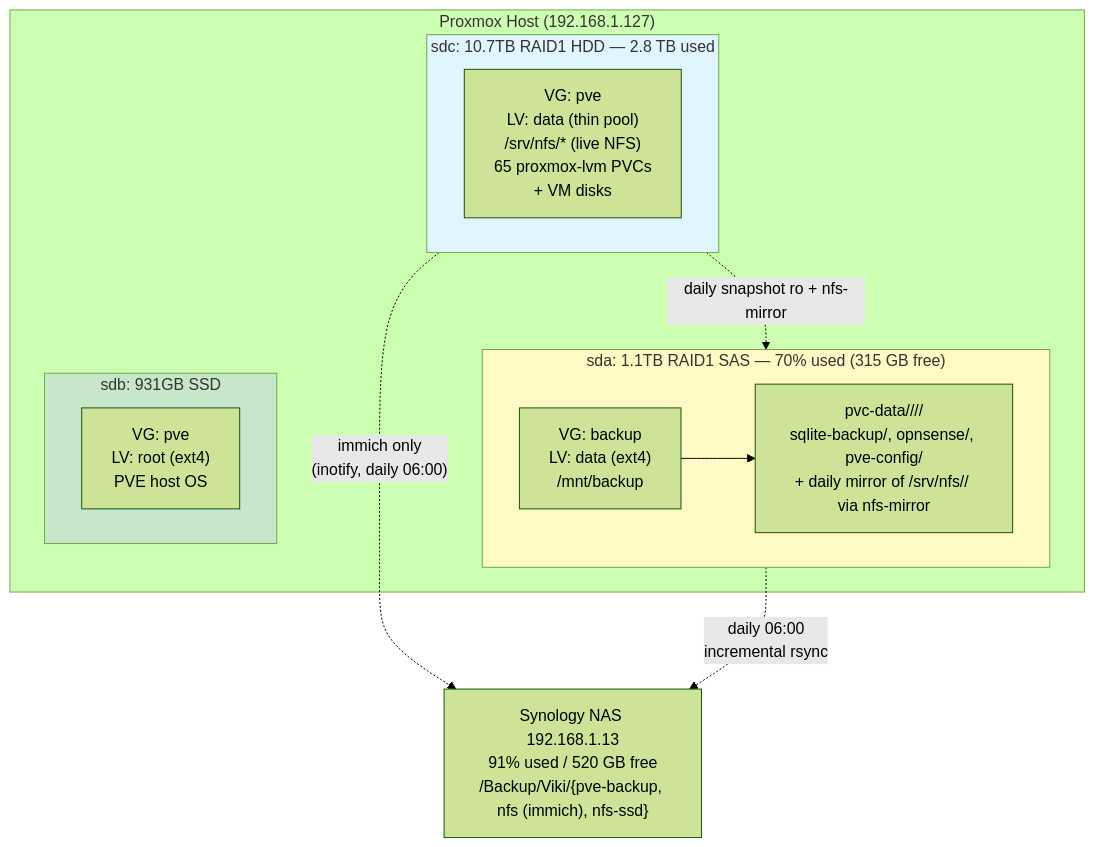
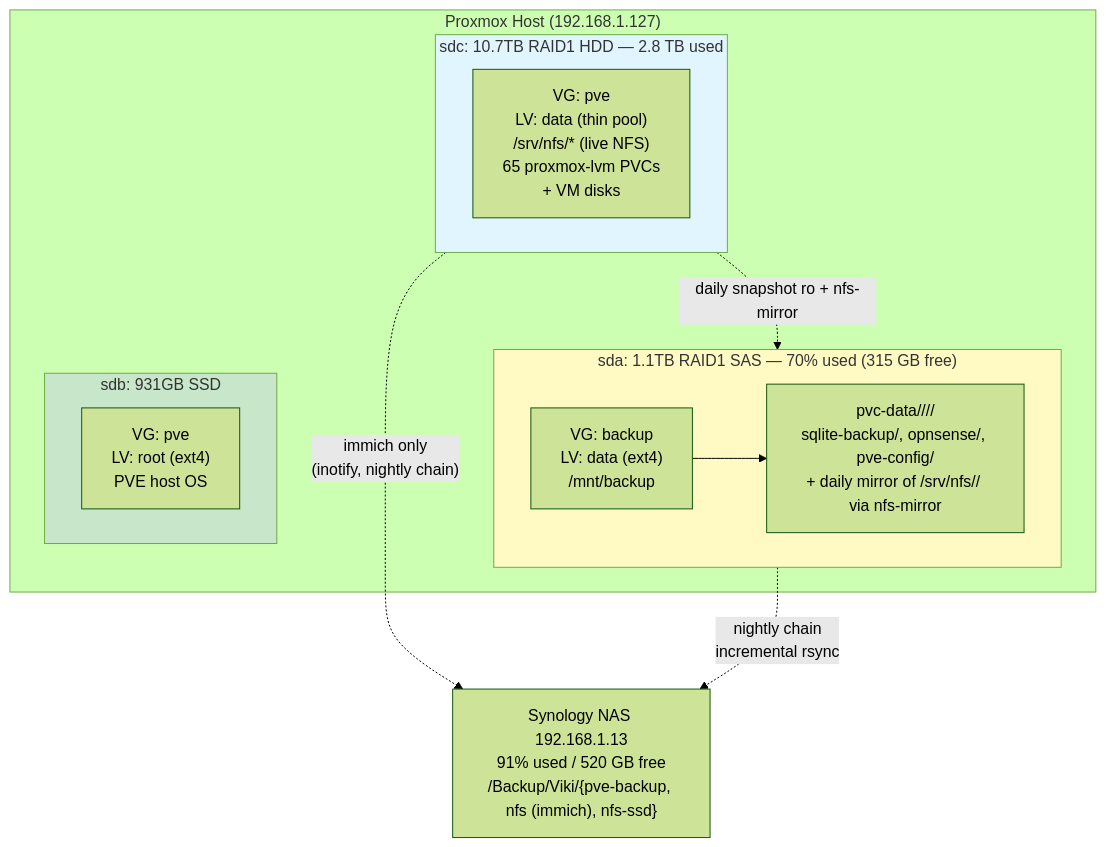
One commit to ViktorBarzin/infra changed the fourth of 6 diagrams in docs/architecture/backup-dr.md. Above: the diagram before and after it, drawn with Mermaid (forest theme). The commit also changed other lines of this file and 37 other files, not shown here.

````diff
--- a/docs/architecture/backup-dr.md
+++ b/docs/architecture/backup-dr.md
@@ -240,29 +267,29 @@
 ```mermaid
 graph TB
     subgraph PVE["Proxmox Host (192.168.1.127)"]
         subgraph sda["sda: 1.1TB RAID1 SAS — 70% used (315 GB free)"]
             sda_vg["VG: backup<br/>LV: data (ext4)<br/>/mnt/backup"]
             sda_content["pvc-data/<YYYY-WW>/<ns>/<pvc>/<br/>sqlite-backup/, opnsense/, pve-config/<br/>+ daily mirror of /srv/nfs/<svc>/ via nfs-mirror"]
         end
 
         subgraph sdb["sdb: 931GB SSD"]
             sdb_vg["VG: pve<br/>LV: root (ext4)<br/>PVE host OS"]
         end
 
         subgraph sdc["sdc: 10.7TB RAID1 HDD — 2.8 TB used"]
             sdc_vg["VG: pve<br/>LV: data (thin pool)<br/>/srv/nfs/* (live NFS)<br/>65 proxmox-lvm PVCs<br/>+ VM disks"]
         end
 
         sda_vg --> sda_content
     end
 
     sdc -. "daily snapshot ro + nfs-mirror" .-> sda
-    sdc -. "immich only<br/>(inotify, daily 06:00)" .-> Synology
-    sda -. "daily 06:00<br/>incremental rsync" .-> Synology
+    sdc -. "immich only<br/>(inotify, nightly chain)" .-> Synology
+    sda -. "nightly chain<br/>incremental rsync" .-> Synology
 
     Synology["Synology NAS 192.168.1.13<br/>91% used / 520 GB free<br/>/Backup/Viki/{pve-backup, nfs (immich), nfs-ssd}"]
 
     style sda fill:#fff9c4
     style sdb fill:#c8e6c9
     style sdc fill:#e1f5ff
 ```
````
